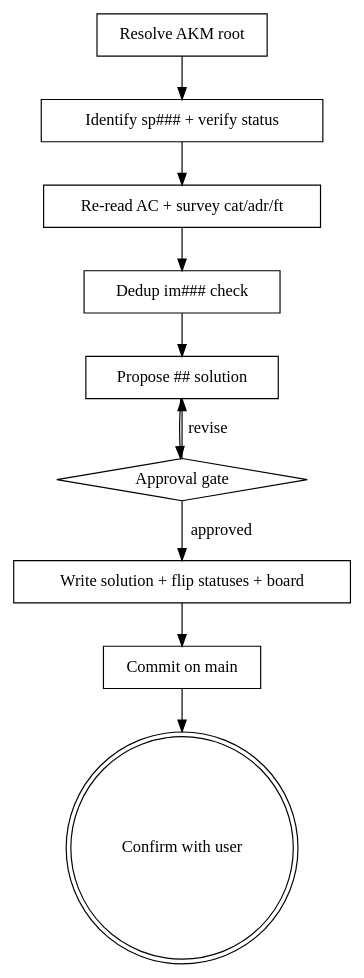
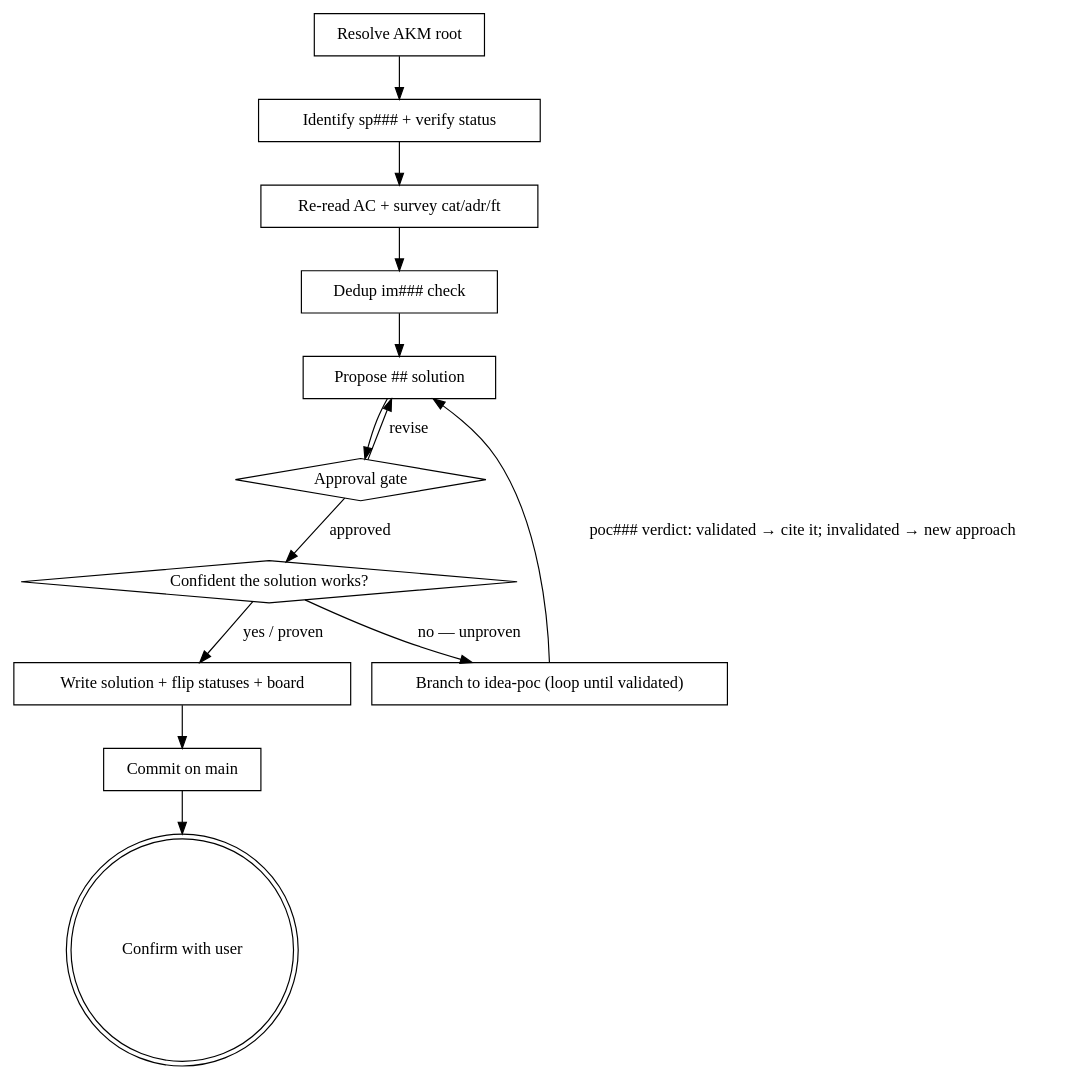
The diagram in claude/marketplace/plugins/infinifu/skills/spec-writing/SKILL.md (b3tchi/dotfiles), drawn with Graphviz before and after one commit. The commit also changed other lines of this file and 5 other files, not shown here.

First line of the commit message:
refactor(akm): move PoC gate from idea-domain to solution-domain

````diff
--- a/claude/marketplace/plugins/infinifu/skills/spec-writing/SKILL.md
+++ b/claude/marketplace/plugins/infinifu/skills/spec-writing/SKILL.md
@@ -59,23 +59,28 @@
 ```dot
 digraph spec_writing {
     "Resolve AKM root" [shape=box];
     "Identify sp### + verify status" [shape=box];
     "Re-read AC + survey cat/adr/ft" [shape=box];
     "Dedup im### check" [shape=box];
     "Propose ## solution" [shape=box];
     "Approval gate" [shape=diamond];
+    "Confident the solution works?" [shape=diamond];
+    "Branch to idea-poc (loop until validated)" [shape=box];
     "Write solution + flip statuses + board" [shape=box];
     "Commit on main" [shape=box];
     "Confirm with user" [shape=doublecircle];
 
     "Resolve AKM root" -> "Identify sp### + verify status";
     "Identify sp### + verify status" -> "Re-read AC + survey cat/adr/ft";
     "Re-read AC + survey cat/adr/ft" -> "Dedup im### check";
     "Dedup im### check" -> "Propose ## solution";
     "Propose ## solution" -> "Approval gate";
-    "Approval gate" -> "Write solution + flip statuses + board" [label="approved"];
     "Approval gate" -> "Propose ## solution" [label="revise"];
+    "Approval gate" -> "Confident the solution works?" [label="approved"];
+    "Confident the solution works?" -> "Branch to idea-poc (loop until validated)" [label="no — unproven"];
+    "Confident the solution works?" -> "Write solution + flip statuses + board" [label="yes / proven"];
+    "Branch to idea-poc (loop until validated)" -> "Propose ## solution" [label="poc### verdict: validated → cite it; invalidated → new approach"];
     "Write solution + flip statuses + board" -> "Commit on main";
     "Commit on main" -> "Confirm with user";
 }
 ```
````
